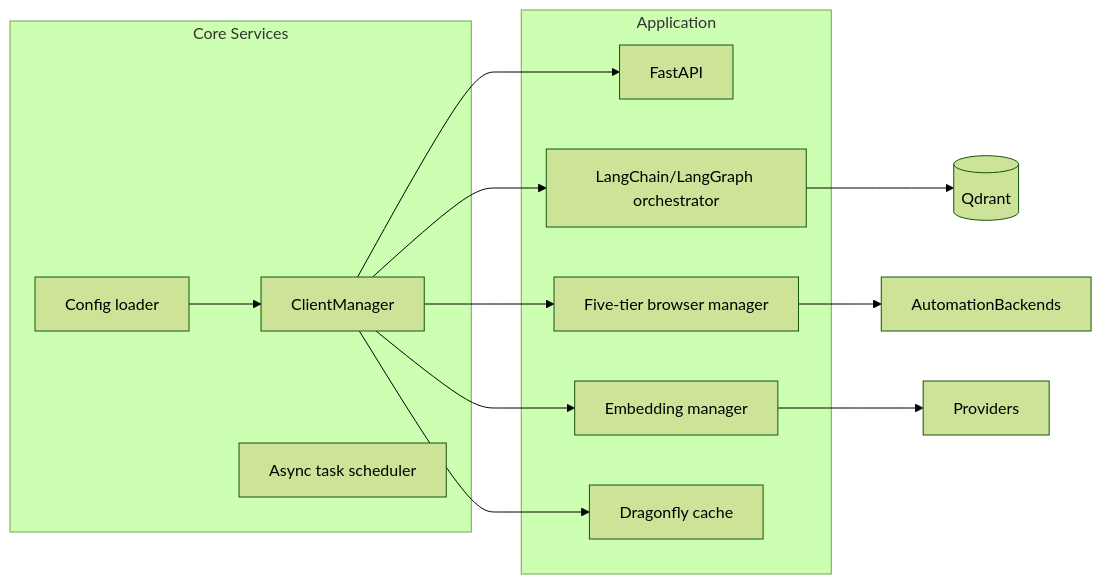
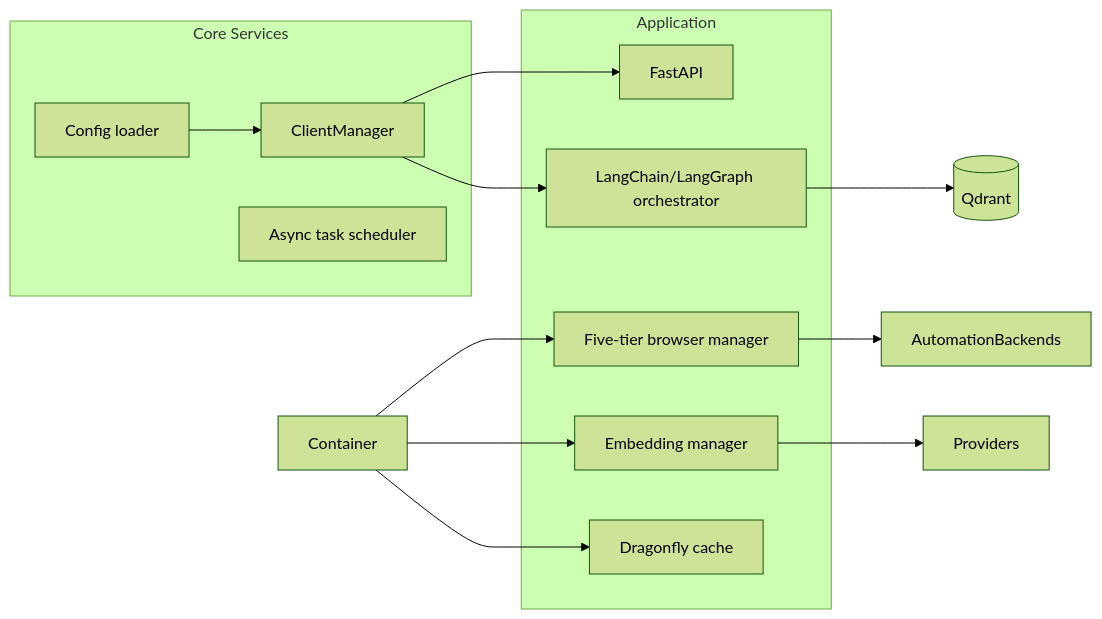
Before and after one commit to BjornMelin/ai-docs-vector-db-hybrid-scraper: the second of 2 diagrams in docs/developers/architecture-and-orchestration.md, drawn with Mermaid (forest theme). The commit also changed other lines of this file and 5 other files, not shown here.

Commit message:
refactor(infrastructure): replace ClientManager with ApplicationContainer for service management

````diff
--- a/docs/developers/architecture-and-orchestration.md
+++ b/docs/developers/architecture-and-orchestration.md
@@ -43,24 +43,24 @@
 ```mermaid
 graph LR
     subgraph Core Services
         Config[Config loader]
         ClientMgr[ClientManager]
         Scheduler[Async task scheduler]
     end
     subgraph Application
         API[FastAPI]
         HybridSearch[LangChain/LangGraph orchestrator]
         BrowserMgr[Five-tier browser manager]
         EmbeddingMgr[Embedding manager]
         CacheMgr[Dragonfly cache]
     end
     Config --> ClientMgr
     ClientMgr --> API
     ClientMgr --> HybridSearch
-    ClientMgr --> BrowserMgr
-    ClientMgr --> EmbeddingMgr
-    ClientMgr --> CacheMgr
+    Container --> BrowserMgr
+    Container --> EmbeddingMgr
+    Container --> CacheMgr
     HybridSearch --> Qdrant[(Qdrant)]
     BrowserMgr --> AutomationBackends
     EmbeddingMgr --> Providers
 ```
````
